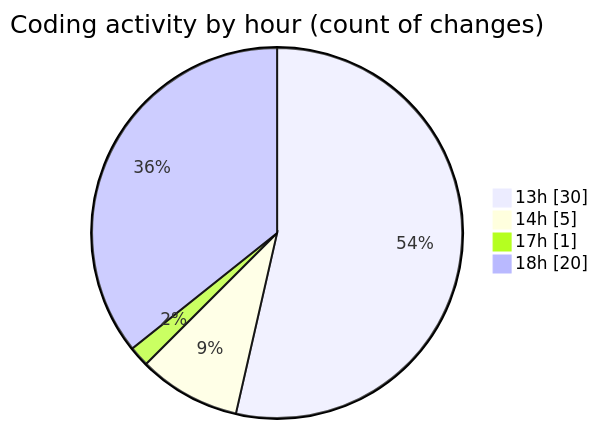
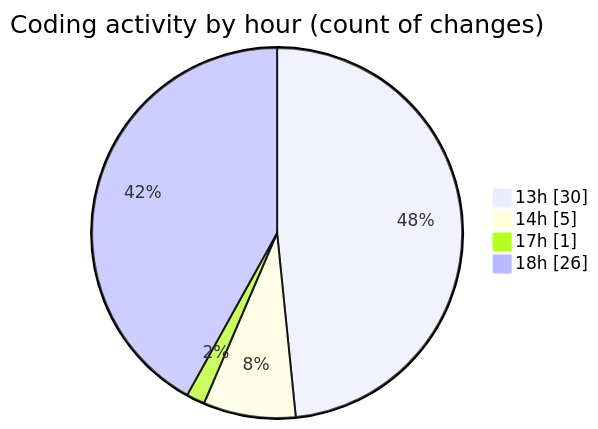
One commit to robertbonfada/code-tracking changed the second of 2 diagrams in 2025-01-14/mbc-web/README.md. Above: the diagram before and after it, drawn with Mermaid. The commit also changed other lines of this file and 1 other file, not shown here.

````diff
--- a/2025-01-14/mbc-web/README.md
+++ b/2025-01-14/mbc-web/README.md
@@ -49,8 +50,8 @@
 ```mermaid
 pie showData
 title Coding activity by hour (count of changes)
 "13h" : 30
 "14h" : 5
 "17h" : 1
-"18h" : 20
+"18h" : 26
 ```
````
